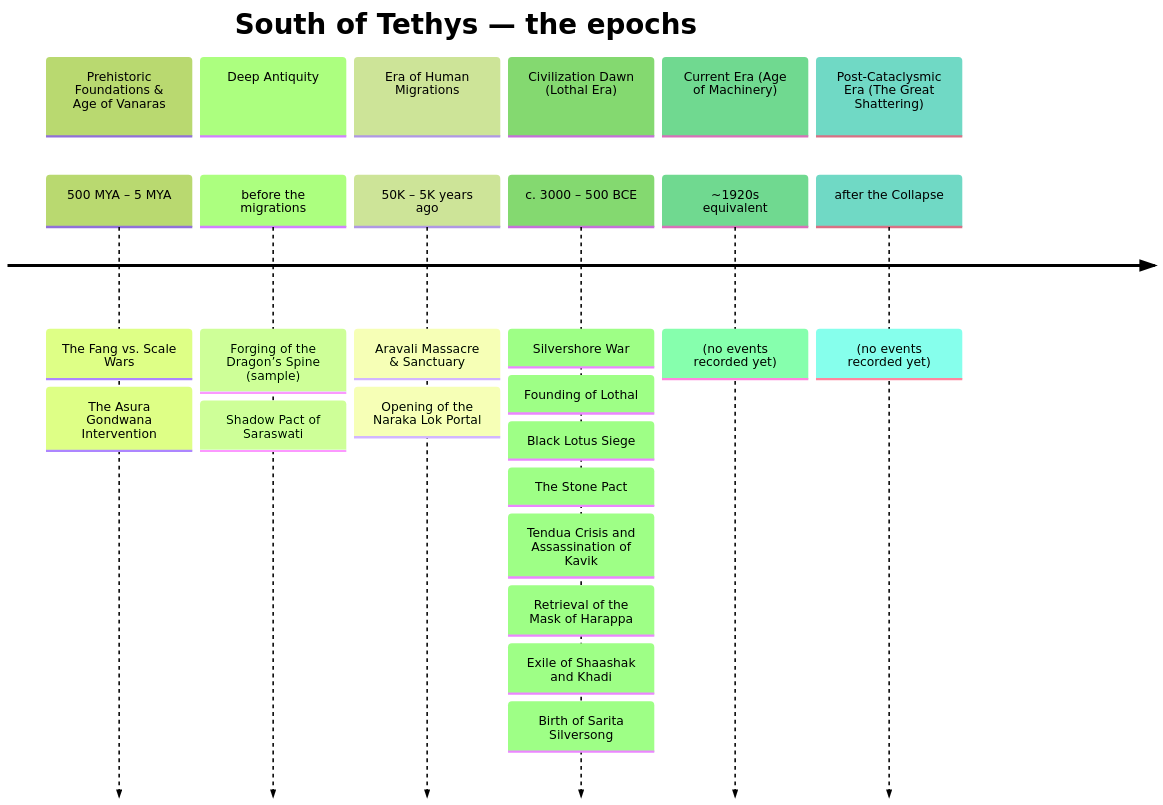
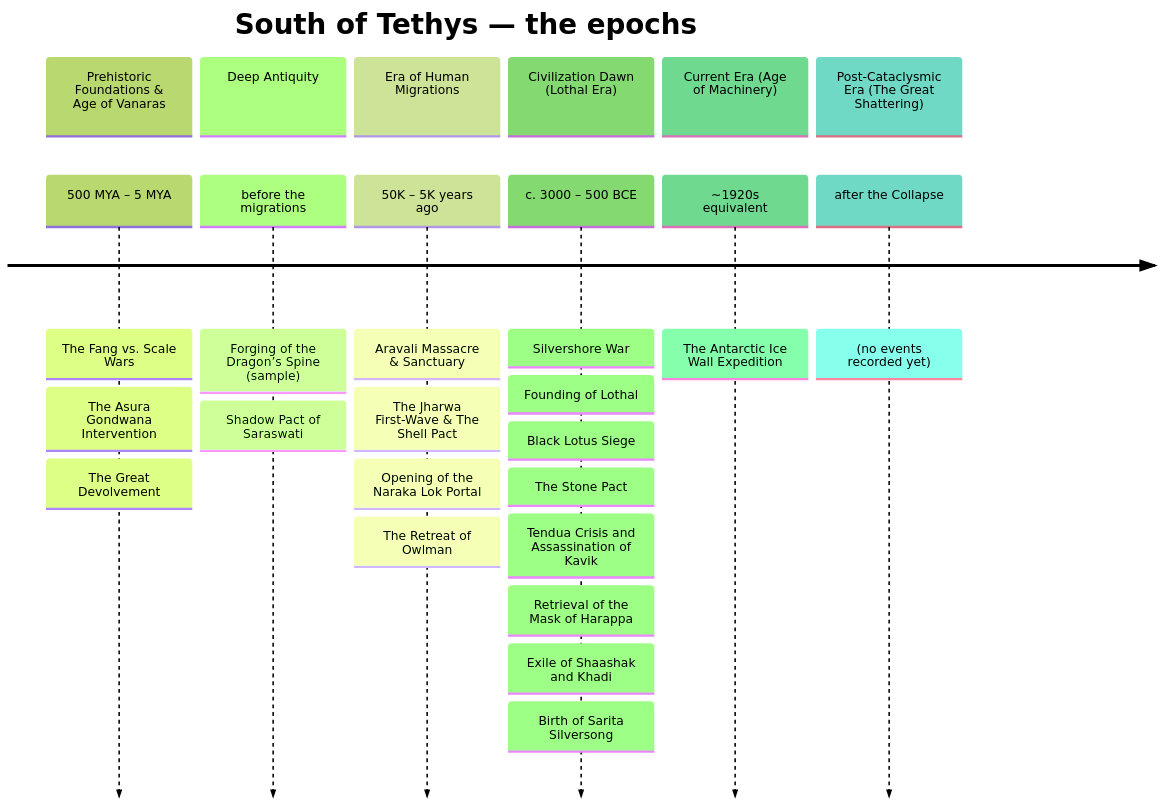
One commit to lordlebu/SouthOfTethys changed the first of 2 diagrams in docs/timeline_mermaid.md. Above: the diagram before and after it, drawn with Mermaid (forest theme). The commit also changed other lines of this file and 20 other files, not shown here.

````diff
--- a/docs/timeline_mermaid.md
+++ b/docs/timeline_mermaid.md
@@ -7,16 +7,16 @@
 ```mermaid
 timeline
     title South of Tethys — the epochs
     section Prehistoric Foundations & Age of Vanaras
-        500 MYA – 5 MYA : The Fang vs. Scale Wars : The Asura Gondwana Intervention
+        500 MYA – 5 MYA : The Fang vs. Scale Wars : The Asura Gondwana Intervention : The Great Devolvement
     section Deep Antiquity
         before the migrations : Forging of the Dragon’s Spine (sample) : Shadow Pact of Saraswati
     section Era of Human Migrations
-        50K – 5K years ago : Aravali Massacre & Sanctuary : Opening of the Naraka Lok Portal
+        50K – 5K years ago : Aravali Massacre & Sanctuary : The Jharwa First-Wave & The Shell Pact : Opening of the Naraka Lok Portal : The Retreat of Owlman
     section Civilization Dawn (Lothal Era)
         c. 3000 – 500 BCE : Silvershore War : Founding of Lothal : Black Lotus Siege : The Stone Pact : Tendua Crisis and Assassination of Kavik : Retrieval of the Mask of Harappa : Exile of Shaashak and Khadi : Birth of Sarita Silversong
     section Current Era (Age of Machinery)
-        ~1920s equivalent : (no events recorded yet)
+        ~1920s equivalent : The Antarctic Ice Wall Expedition
     section Post-Cataclysmic Era (The Great Shattering)
         after the Collapse : (no events recorded yet)
 ```
````
